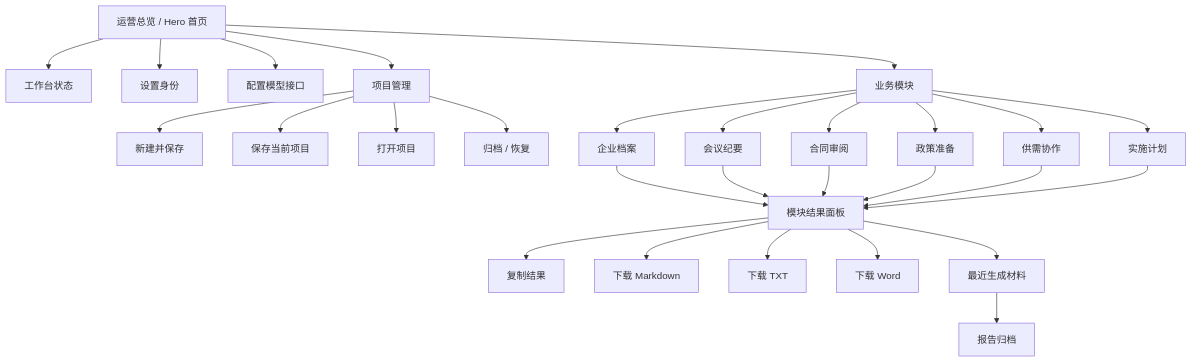
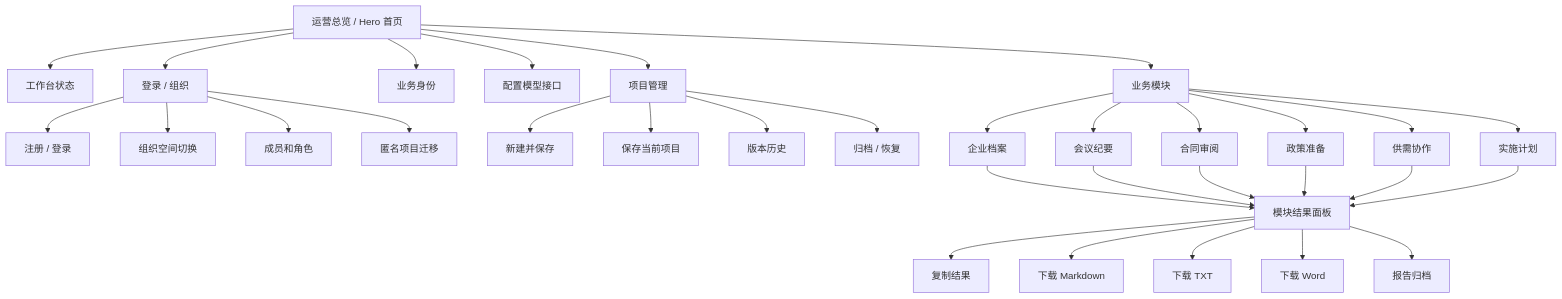
One commit to liqinglq666/zhilink-tianhe-enterprise-ai-workspace changed the fifth of 6 diagrams in README.md. Above: the diagram before and after it, drawn with Mermaid. The commit also changed other lines of this file, not shown here.

Commit message:
docs(auth): add account and organization pointers

````diff
--- a/README.md
+++ b/README.md
@@ -394,35 +416,39 @@
 ```mermaid
 flowchart TB
     Home["运营总览 / Hero 首页"] --> Status["工作台状态"]
-    Home --> Identity["设置身份"]
+    Home --> Account["登录 / 组织"]
+    Home --> Identity["业务身份"]
     Home --> API["配置模型接口"]
     Home --> Projects["项目管理"]
     Home --> Modules["业务模块"]
 
+    Account --> Login["注册 / 登录"]
+    Account --> Org["组织空间切换"]
+    Account --> Members["成员和角色"]
+    Account --> Claim["匿名项目迁移"]
+
     Projects --> Create["新建并保存"]
     Projects --> Save["保存当前项目"]
-    Projects --> Open["打开项目"]
+    Projects --> History["版本历史"]
     Projects --> Archive["归档 / 恢复"]
 
     Modules --> Profile["企业档案"]
     Modules --> Meeting["会议纪要"]
     Modules --> Contract["合同审阅"]
     Modules --> Policy["政策准备"]
     Modules --> Match["供需协作"]
     Modules --> Landing["实施计划"]
 
     Profile --> Result["模块结果面板"]
     Meeting --> Result
     Contract --> Result
     Policy --> Result
     Match --> Result
     Landing --> Result
 
     Result --> Copy["复制结果"]
     Result --> MD["下载 Markdown"]
     Result --> TXT["下载 TXT"]
     Result --> DOCX["下载 Word"]
-
-    Result --> Recent["最近生成材料"]
-    Recent --> Report["报告归档"]
+    Result --> Report["报告归档"]
 ```
````
